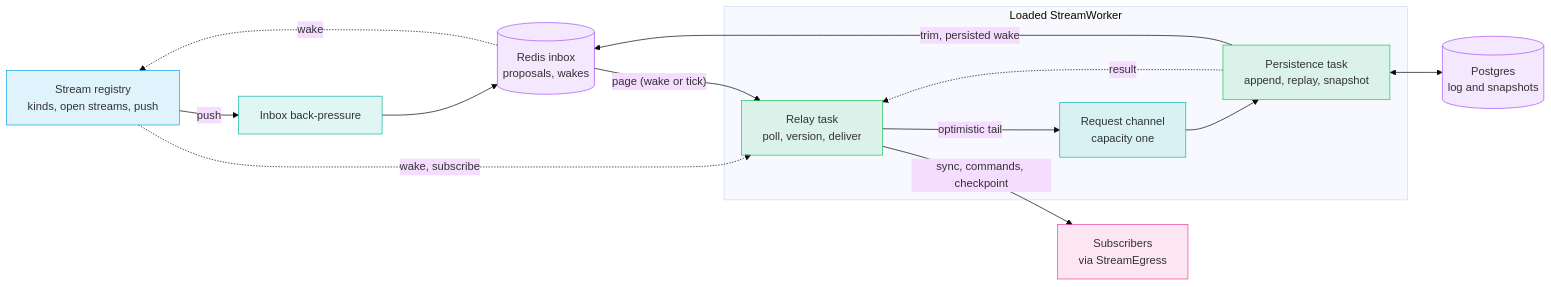
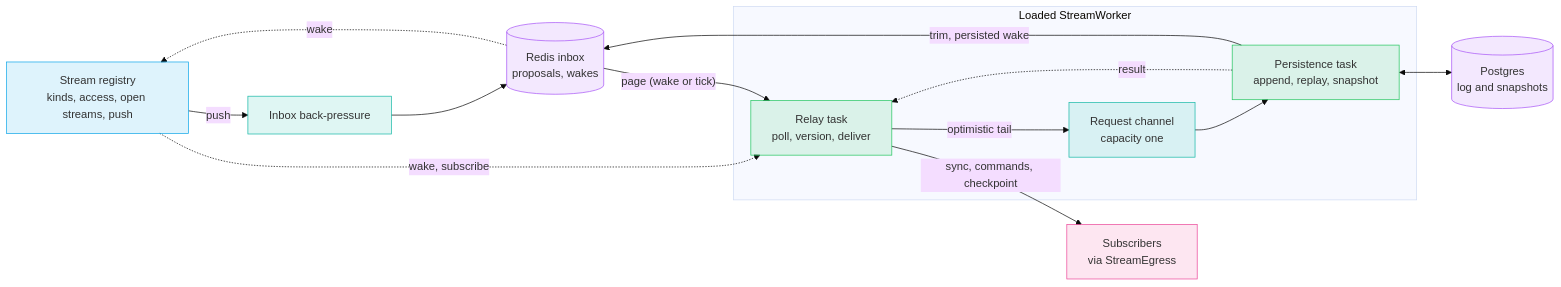
The first of 8 diagrams in docs/services/builder/command-stream.md (gzp79/shine-services), drawn with Mermaid (base theme) before and after one commit. The commit also changed other lines of this file and 30 other files, not shown here.

Commit message:
Stream access

````diff
--- a/docs/services/builder/command-stream.md
+++ b/docs/services/builder/command-stream.md
@@ -15,29 +15,29 @@
 ```mermaid
 flowchart LR
     classDef blue fill:#0ea5e922,stroke:#0ea5e9
     classDef teal fill:#14b8a622,stroke:#14b8a6
     classDef green fill:#22c55e22,stroke:#22c55e
     classDef violet fill:#a855f722,stroke:#a855f7
     classDef pink fill:#ec489922,stroke:#ec4899
 
-    Registry["Stream registry<br/>kinds, open streams, push"]:::blue
+    Registry["Stream registry<br/>kinds, access, open streams, push"]:::blue
     Gate["Inbox back-pressure"]:::teal
     Inbox[("Redis inbox<br/>proposals, wakes")]:::violet
     Log[("Postgres<br/>log and snapshots")]:::violet
     Subs["Subscribers<br/>via StreamEgress"]:::pink
 
     subgraph Worker["Loaded StreamWorker"]
         Relay["Relay task<br/>poll, version, deliver"]:::green
         Queue["Request channel<br/>capacity one"]:::teal
         Durable["Persistence task<br/>append, replay, snapshot"]:::green
     end
 
     Registry -- "push" --> Gate --> Inbox
     Inbox -. "wake" .-> Registry -. "wake, subscribe" .-> Relay
     Inbox -- "page (wake or tick)" --> Relay
     Relay -- "sync, commands, checkpoint" --> Subs
     Relay -- "optimistic tail" --> Queue --> Durable
     Durable <--> Log
     Durable -. "result" .-> Relay
     Durable -- "trim, persisted wake" --> Inbox
 ```
````
